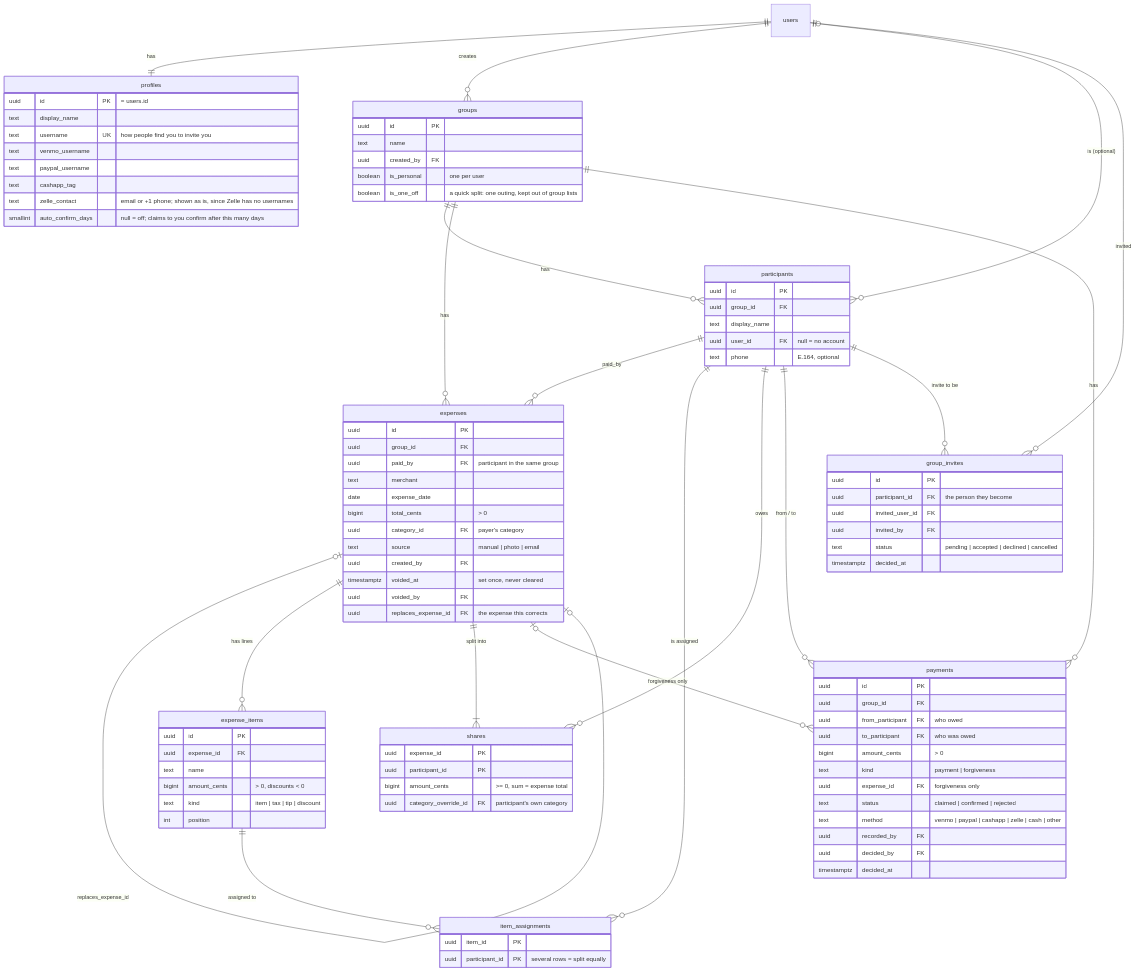
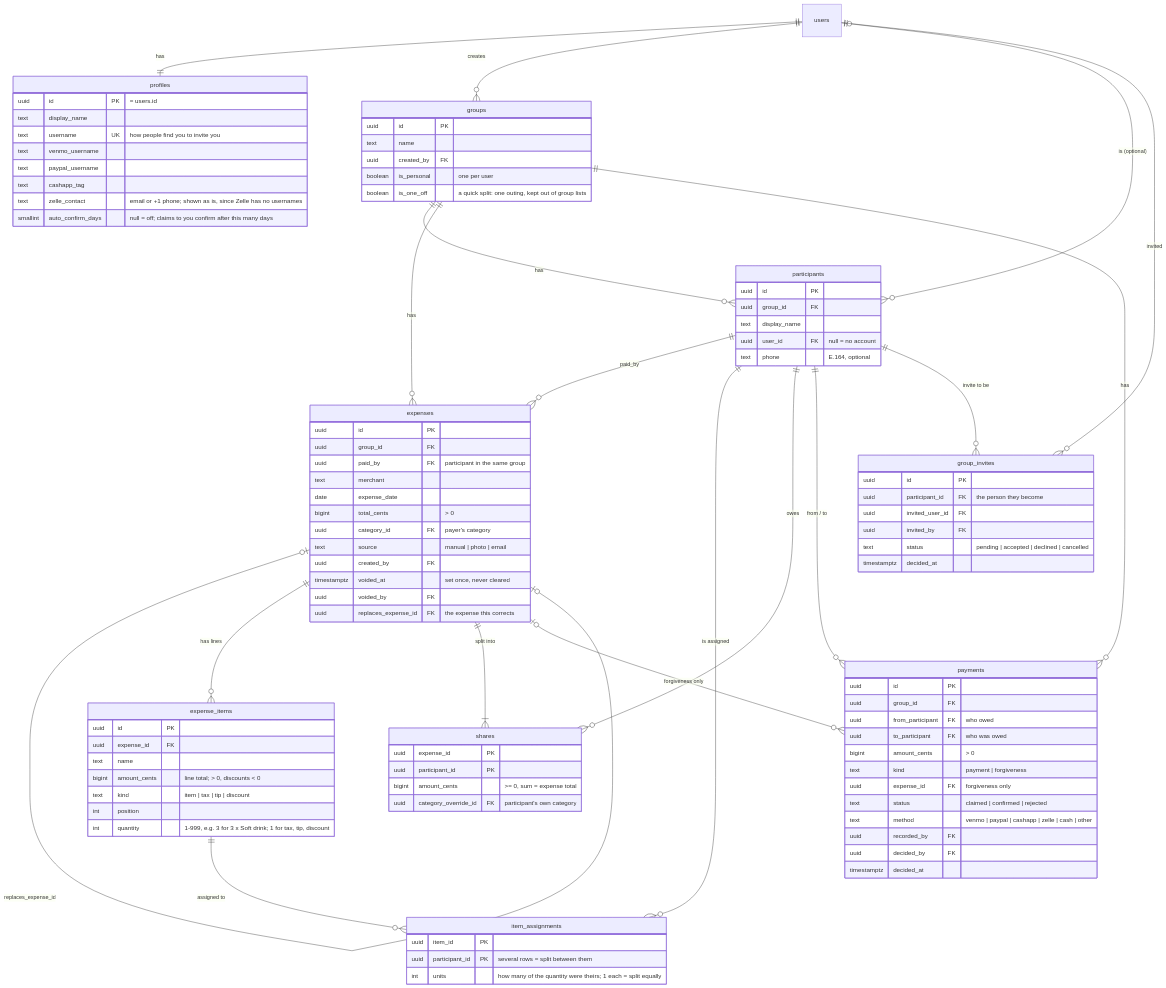
The first of 4 diagrams in DATA_MODEL.md (liyou2001/spendly), drawn with Mermaid before and after one commit. The commit also changed other lines of this file and 27 other files, not shown here.

```diff
--- a/DATA_MODEL.md
+++ b/DATA_MODEL.md
@@ -72,13 +72,15 @@
         uuid id PK
         uuid expense_id FK
         text name
-        bigint amount_cents "> 0, discounts < 0"
+        bigint amount_cents "line total; > 0, discounts < 0"
         text kind "item | tax | tip | discount"
         int position
+        int quantity "1-999, e.g. 3 for 3 x Soft drink; 1 for tax, tip, discount"
     }
     item_assignments {
         uuid item_id PK
-        uuid participant_id PK "several rows = split equally"
+        uuid participant_id PK "several rows = split between them"
+        int units "how many of the quantity were theirs; 1 each = split equally"
     }
     shares {
         uuid expense_id PK
```
